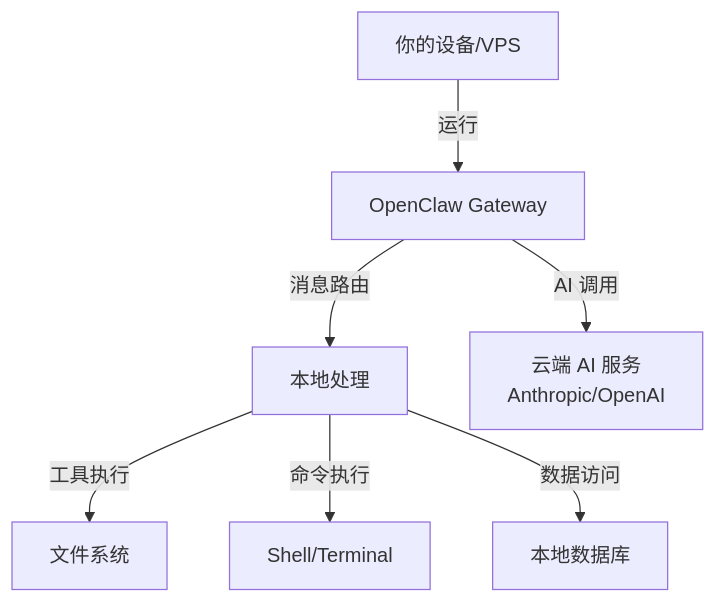
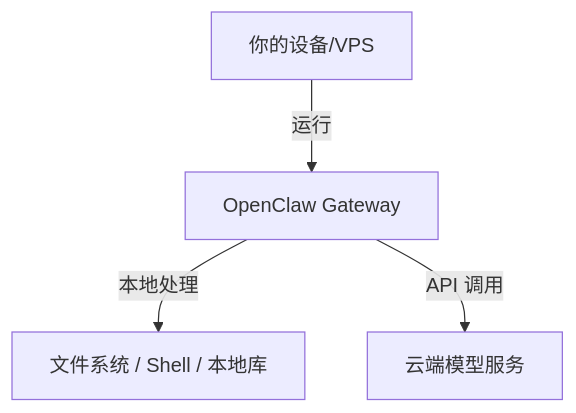
The second of 3 diagrams in docs/ai/openclaw.md (lixu33/blog), drawn with Mermaid before and after one commit. The commit also changed other lines of this file and 13 other files, not shown here.

````diff
--- a/docs/ai/openclaw.md
+++ b/docs/ai/openclaw.md
@@ -113,9 +77,6 @@
 ```mermaid
 graph TD
     A[你的设备/VPS] -->|运行| B[OpenClaw Gateway]
-    B -->|消息路由| C[本地处理]
-    B -->|AI 调用| D[云端 AI 服务<br/>Anthropic/OpenAI]
-    C -->|工具执行| E[文件系统]
-    C -->|命令执行| F[Shell/Terminal]
-    C -->|数据访问| G[本地数据库]
+    B -->|本地处理| C[文件系统 / Shell / 本地库]
+    B -->|API 调用| D[云端模型服务]
 ```
````
